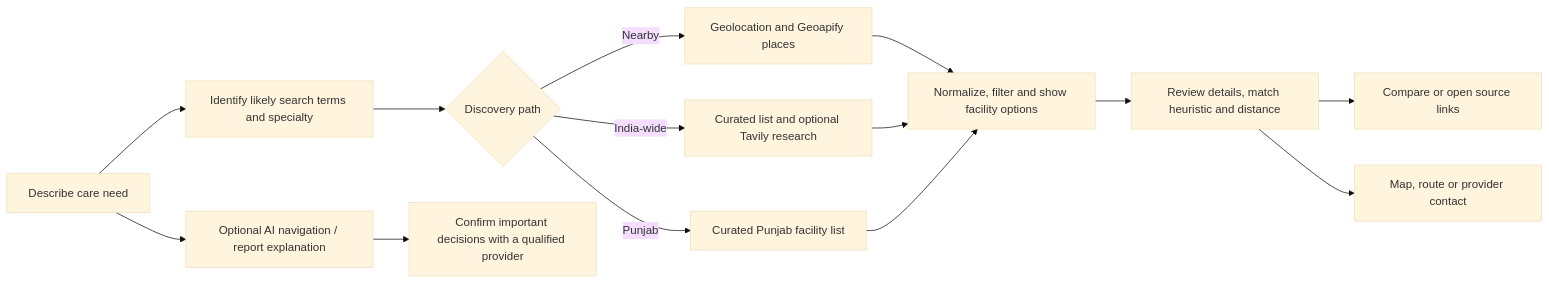
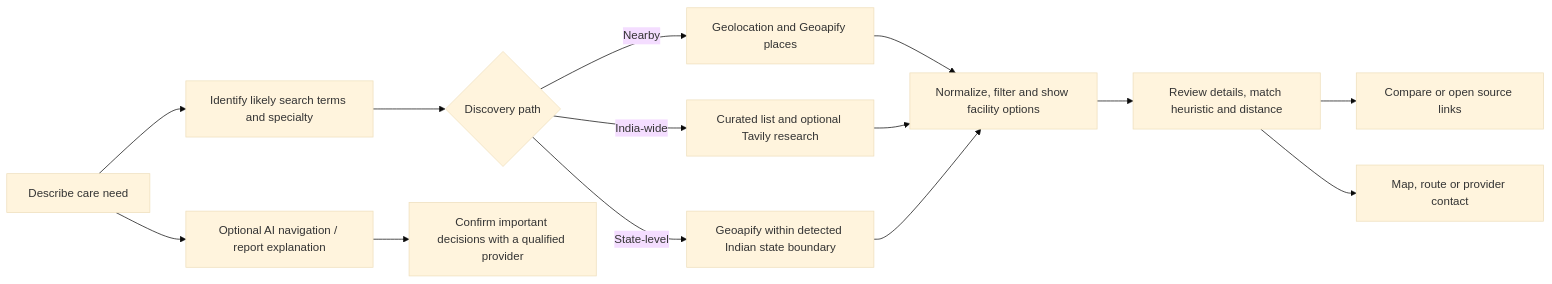
Before and after one commit to vanshkatnor1505/BuiltTechies: the first of 3 diagrams in CUREPULSE_PROJECT_DOCUMENTATION.md, drawn with Mermaid (base theme). The commit also changed other lines of this file, not shown here.

Commit message:
feat: update project documentation to clarify state-level facility search and recommendations

````diff
--- a/CUREPULSE_PROJECT_DOCUMENTATION.md
+++ b/CUREPULSE_PROJECT_DOCUMENTATION.md
@@ -90,16 +91,16 @@
 ```mermaid
 flowchart LR
     A[Describe care need] --> B[Identify likely search terms and specialty]
     B --> C{Discovery path}
     C -->|Nearby| D[Geolocation and Geoapify places]
     C -->|India-wide| E[Curated list and optional Tavily research]
-    C -->|Punjab| F[Curated Punjab facility list]
+    C -->|State-level| F[Geoapify within detected Indian state boundary]
     D --> G[Normalize, filter and show facility options]
     E --> G
     F --> G
     G --> H[Review details, match heuristic and distance]
     H --> I[Compare or open source links]
     H --> J[Map, route or provider contact]
     A --> K[Optional AI navigation / report explanation]
     K --> L[Confirm important decisions with a qualified provider]
 ```
````
